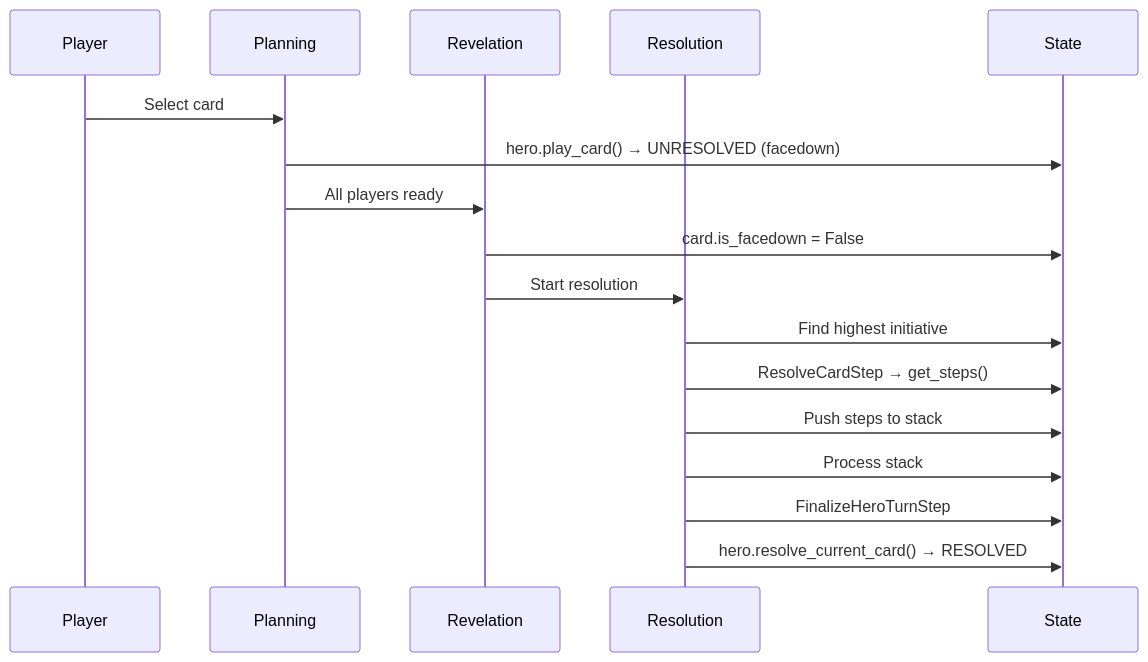
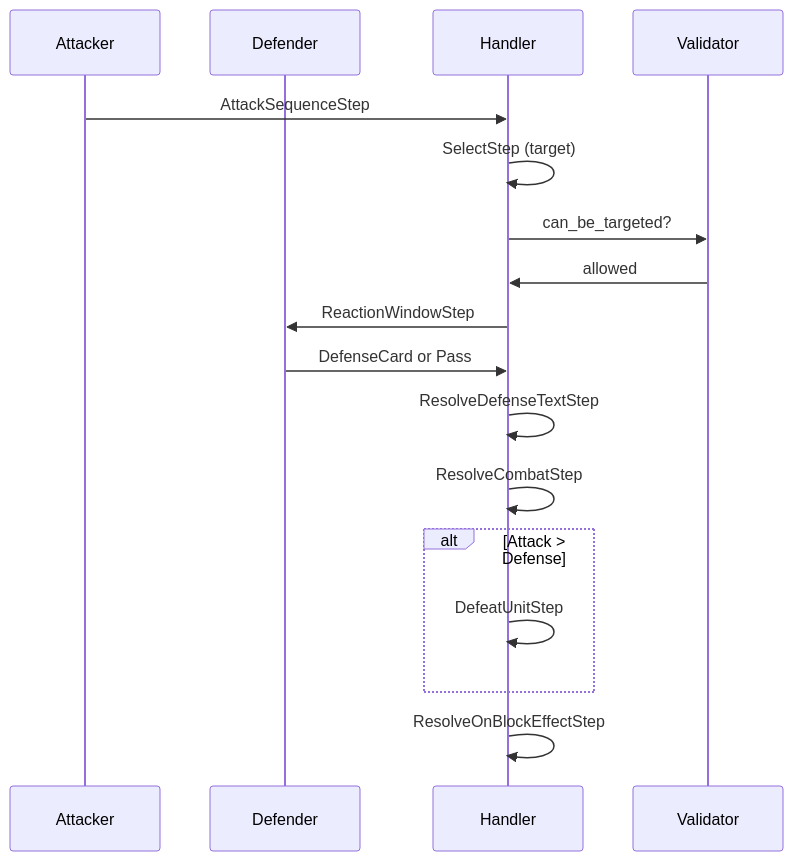
The third of 4 diagrams in docs/CODEBASE_MAP.md (PedroVIOliv/goa2-backend), drawn with Mermaid before and after one commit. The commit also changed other lines of this file and 5 other files, not shown here.

````diff
--- a/docs/CODEBASE_MAP.md
+++ b/docs/CODEBASE_MAP.md
@@ -337,20 +391,20 @@
 ```mermaid
 sequenceDiagram
-    participant Player
-    participant Planning
-    participant Revelation
-    participant Resolution
-    participant State
+    participant A as Attacker
+    participant D as Defender
+    participant H as Handler
+    participant V as Validator
 
-    Player->>Planning: Select card
-    Planning->>State: hero.play_card() → UNRESOLVED (facedown)
-    Planning->>Revelation: All players ready
-    Revelation->>State: card.is_facedown = False
-    Revelation->>Resolution: Start resolution
-    Resolution->>State: Find highest initiative
-    Resolution->>State: ResolveCardStep → get_steps()
-    Resolution->>State: Push steps to stack
-    Resolution->>State: Process stack
-    Resolution->>State: FinalizeHeroTurnStep
-    Resolution->>State: hero.resolve_current_card() → RESOLVED
+    A->>H: AttackSequenceStep
+    H->>H: SelectStep (target)
+    H->>V: can_be_targeted?
+    V->>H: allowed
+    H->>D: ReactionWindowStep
+    D->>H: DefenseCard or Pass
+    H->>H: ResolveDefenseTextStep
+    H->>H: ResolveCombatStep
+    alt Attack > Defense
+        H->>H: DefeatUnitStep
+    end
+    H->>H: ResolveOnBlockEffectStep
 ```
````
